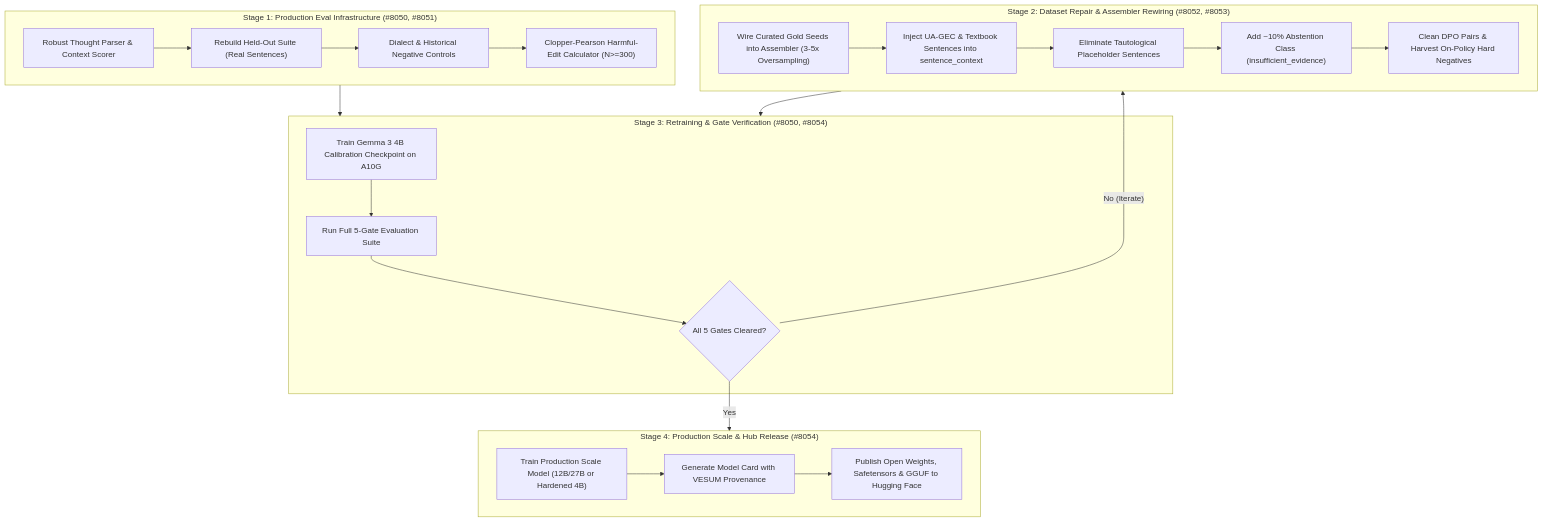
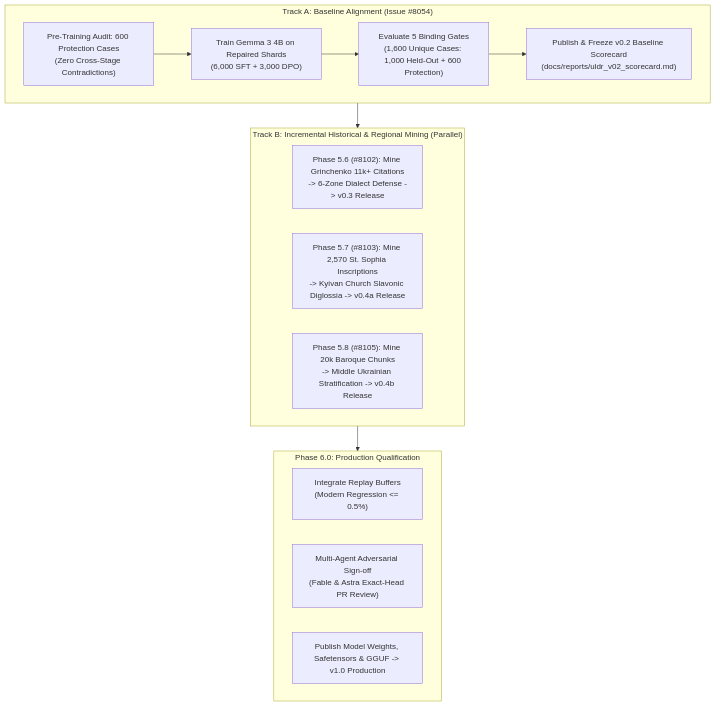
Before and after one commit to learn-ukrainian/learn-ukrainian.github.io: the diagram in docs/projects/open-model-data/PRODUCTION_RELEASE_PLAN.md, drawn with Mermaid. The commit also changed other lines of this file and 2 other files, not shown here.

First line of the commit message:
docs(open-model-data): establish Kyivan Church Slavonic diglossia model and v0.2->v1.0 roadmap (#8107)

````diff
--- a/docs/projects/open-model-data/PRODUCTION_RELEASE_PLAN.md
+++ b/docs/projects/open-model-data/PRODUCTION_RELEASE_PLAN.md
@@ -26,30 +29,23 @@
 ```mermaid
 flowchart TD
-    subgraph Stage1["Stage 1: Production Eval Infrastructure (#8050, #8051)"]
-        A1["Robust Thought Parser & Context Scorer"] --> A2["Rebuild Held-Out Suite (Real Sentences)"]
-        A2 --> A3["Dialect & Historical Negative Controls"]
-        A3 --> A4["Clopper-Pearson Harmful-Edit Calculator (N>=300)"]
+    subgraph TrackA["Track A: Baseline Alignment (Issue #8054)"]
+        A1["Pre-Training Audit: 600 Protection Cases\n(Zero Cross-Stage Contradictions)"] --> A2["Train Gemma 3 4B on Repaired Shards\n(6,000 SFT + 3,000 DPO)"]
+        A2 --> A3["Evaluate 5 Binding Gates\n(1,600 Unique Cases: 1,000 Held-Out + 600 Protection)"]
+        A3 --> A4["Publish & Freeze v0.2 Baseline Scorecard\n(docs/reports/uldr_v02_scorecard.md)"]
     end
 
-    subgraph Stage2["Stage 2: Dataset Repair & Assembler Rewiring (#8052, #8053)"]
-        B1["Wire Curated Gold Seeds into Assembler (3-5x Oversampling)"] --> B2["Inject UA-GEC & Textbook Sentences into sentence_context"]
-        B2 --> B3["Eliminate Tautological Placeholder Sentences"]
-        B3 --> B4["Add ~10% Abstention Class (insufficient_evidence)"]
-        B4 --> B5["Clean DPO Pairs & Harvest On-Policy Hard Negatives"]
+    subgraph TrackB["Track B: Incremental Historical & Regional Mining (Parallel)"]
+        B1["Phase 5.6 (#8102): Mine Grinchenko 11k+ Citations\n-> 6-Zone Dialect Defense -> v0.3 Release"]
+        B2["Phase 5.7 (#8103): Mine 2,570 St. Sophia Inscriptions\n-> Kyivan Church Slavonic Diglossia -> v0.4a Release"]
+        B3["Phase 5.8 (#8105): Mine 20k Baroque Chunks\n-> Middle Ukrainian Stratification -> v0.4b Release"]
     end
 
-    subgraph Stage3["Stage 3: Retraining & Gate Verification (#8050, #8054)"]
-        C1["Train Gemma 3 4B Calibration Checkpoint on A10G"] --> C2["Run Full 5-Gate Evaluation Suite"]
-        C2 --> C3{"All 5 Gates Cleared?"}
+    subgraph FinalStage["Phase 6.0: Production Qualification"]
+        C1["Integrate Replay Buffers\n(Modern Regression <= 0.5%)"]
+        C2["Multi-Agent Adversarial Sign-off\n(Fable & Astra Exact-Head PR Review)"]
+        C3["Publish Model Weights, Safetensors & GGUF -> v1.0 Production"]
     end
 
-    subgraph Stage4["Stage 4: Production Scale & Hub Release (#8054)"]
-        D1["Train Production Scale Model (12B/27B or Hardened 4B)"] --> D2["Generate Model Card with VESUM Provenance"]
-        D2 --> D3["Publish Open Weights, Safetensors & GGUF to Hugging Face"]
-    end
-
-    Stage1 --> Stage3
-    Stage2 --> Stage3
-    C3 -- Yes --> Stage4
-    C3 -- No (Iterate) --> Stage2
+    TrackA --> TrackB
+    TrackB --> FinalStage
 ```
````
